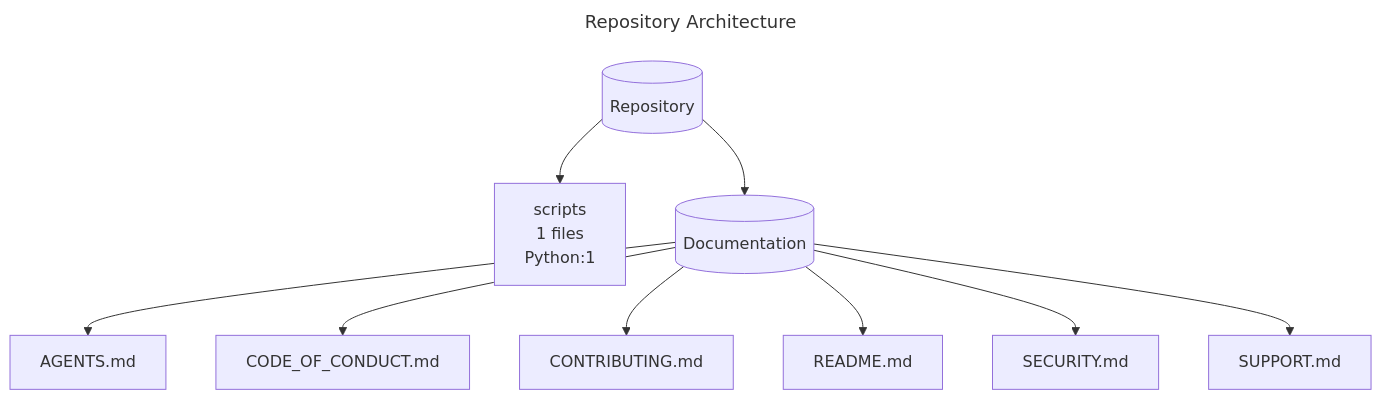
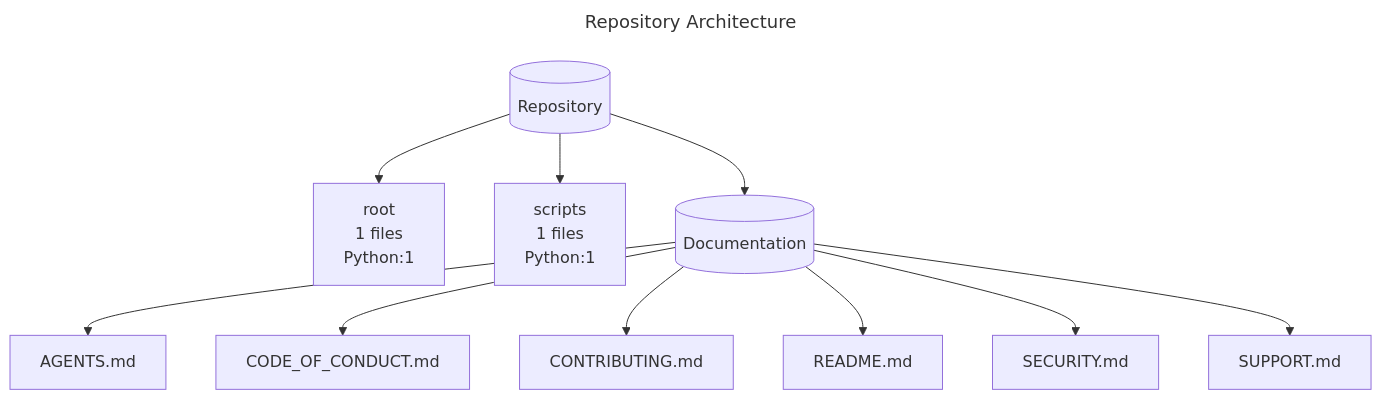
One commit to bell-kevin/dependabotDaily changed the diagram in docs/architecture.mmd. Above: the diagram before and after it, drawn with Mermaid.

Commit message:
chore: update architecture diagram

```diff
--- a/docs/architecture.mmd
+++ b/docs/architecture.mmd
@@ -1,23 +1,25 @@
 ---
 title: Repository Architecture
 ---
 graph TD
     repo[(Repository)]
+    n_root["root\n1 files\nPython:1"]
+    repo --> n_root
     n_scripts["scripts\n1 files\nPython:1"]
     repo --> n_scripts
     docs[(Documentation)]
     repo --> docs
     n_doc_AGENTS_md["AGENTS.md"]
     docs --> n_doc_AGENTS_md
     n_doc_CODE_OF_CONDUCT_md["CODE_OF_CONDUCT.md"]
     docs --> n_doc_CODE_OF_CONDUCT_md
     n_doc_CONTRIBUTING_md["CONTRIBUTING.md"]
     docs --> n_doc_CONTRIBUTING_md
     n_doc_README_md["README.md"]
     docs --> n_doc_README_md
     n_doc_SECURITY_md["SECURITY.md"]
     docs --> n_doc_SECURITY_md
     n_doc_SUPPORT_md["SUPPORT.md"]
     docs --> n_doc_SUPPORT_md
 
 %% Generated by scripts/generate_architecture_diagram.py
```
